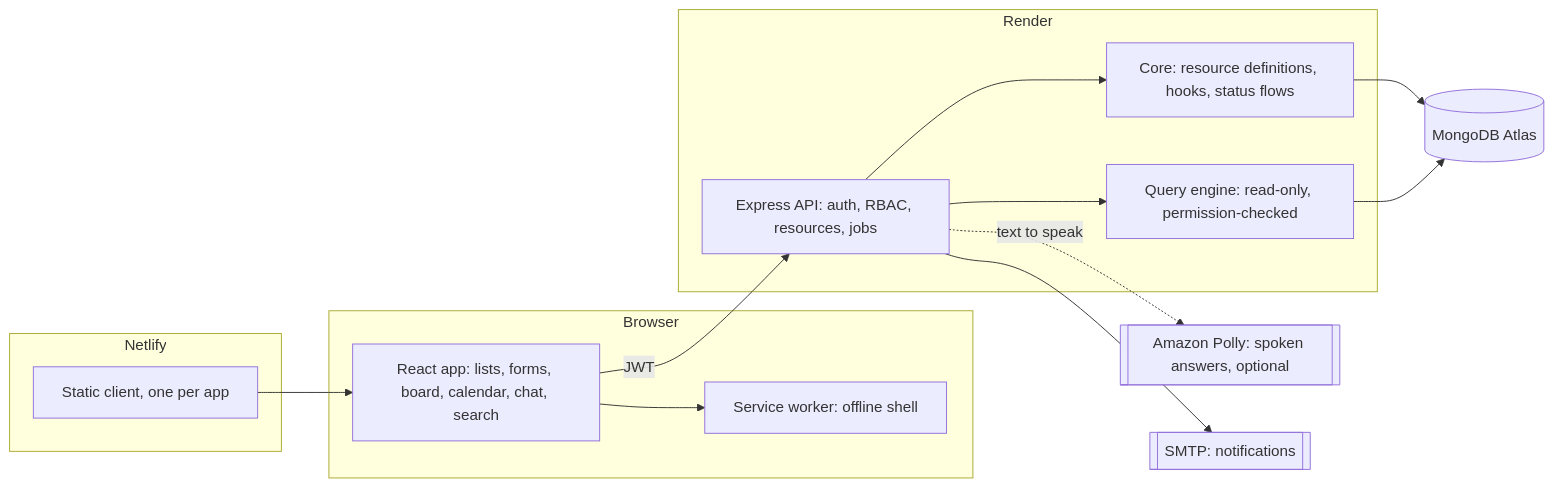
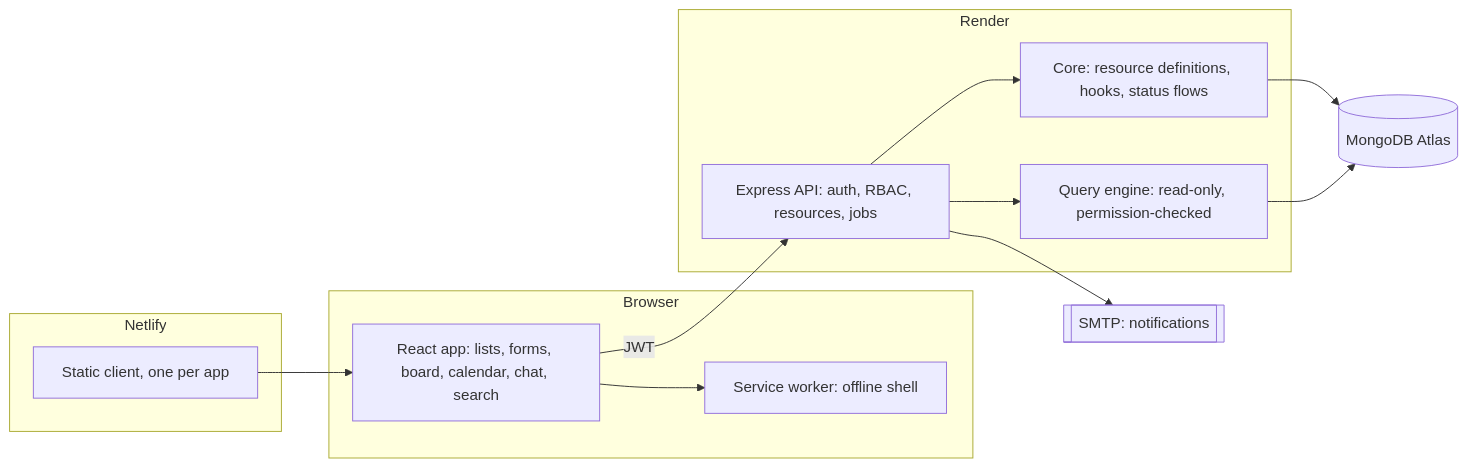
One commit to suhailullakhan619/crypt-kit changed the diagram in README.md. Above: the diagram before and after it, drawn with Mermaid. The commit also changed other lines of this file and 74 other files, not shown here.

First line of the commit message:
Voice: drop Amazon Polly and all AWS code; read answers aloud with the best natural browser voice

````diff
--- a/README.md
+++ b/README.md
@@ -28,27 +28,25 @@
 ```mermaid
 flowchart LR
   subgraph Browser
     UI[React app: lists, forms, board, calendar, chat, search]
     SW[Service worker: offline shell]
   end
   subgraph Netlify
     CDN[Static client, one per app]
   end
   subgraph Render
     API[Express API: auth, RBAC, resources, jobs]
     Q[Query engine: read-only, permission-checked]
     Core[Core: resource definitions, hooks, status flows]
   end
   DB[(MongoDB Atlas)]
-  Polly[[Amazon Polly: spoken answers, optional]]
   Mail[[SMTP: notifications]]
   CDN --> UI
   UI --> SW
   UI -->|JWT| API
   API --> Core
   Core --> DB
   API --> Q
   Q --> DB
-  API -.->|text to speak| Polly
   API --> Mail
 ```
````
